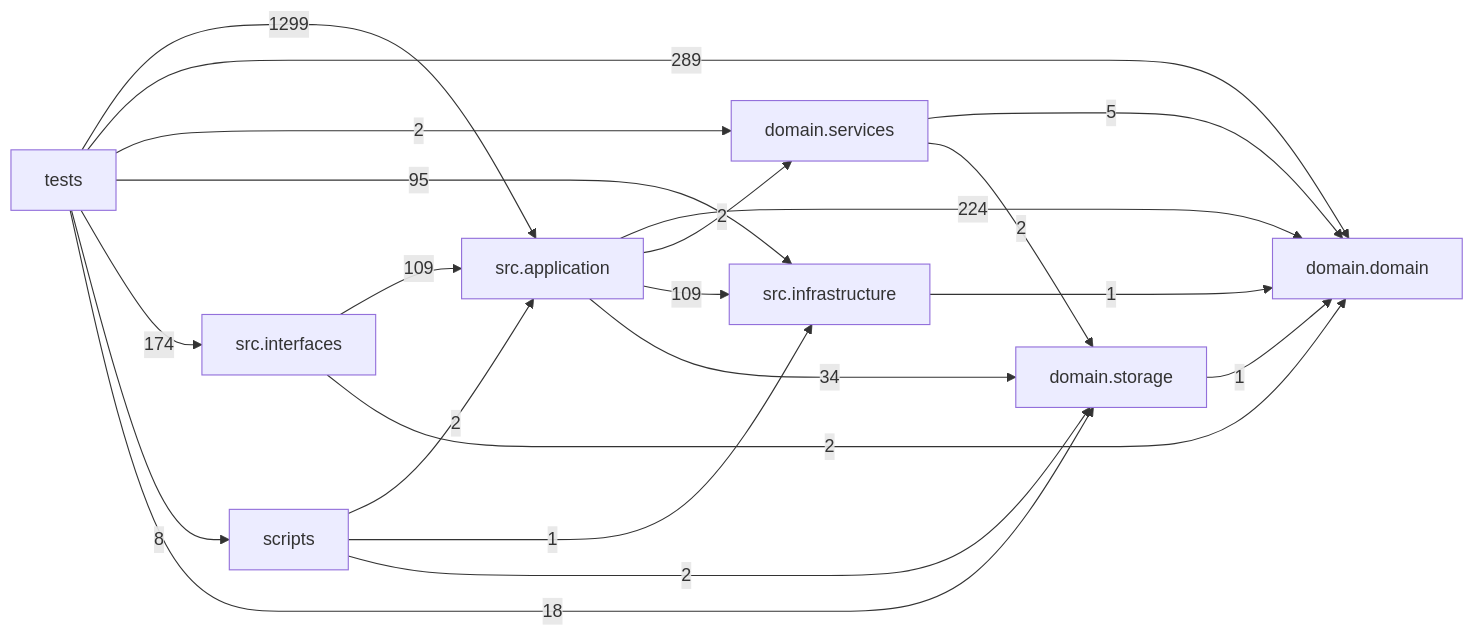
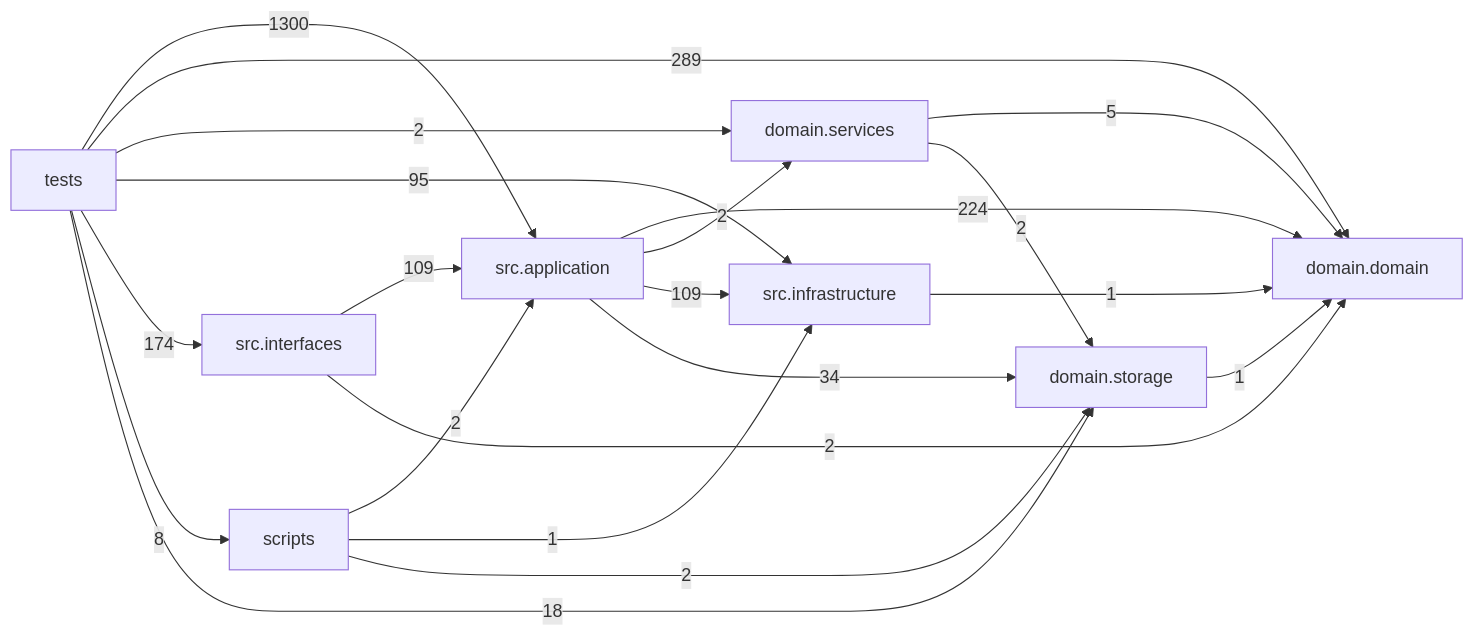
One commit to liuxie066/options-monitor changed the diagram in docs/DEPENDENCY_GRAPH.md. Above: the diagram before and after it, drawn with Mermaid. The commit also changed other lines of this file and 8 other files, not shown here.

````diff
--- a/docs/DEPENDENCY_GRAPH.md
+++ b/docs/DEPENDENCY_GRAPH.md
@@ -24,31 +24,31 @@
 ```mermaid
 flowchart LR
   tests["tests"]
   scripts["scripts"]
   interfaces["src.interfaces"]
   application["src.application"]
   infrastructure["src.infrastructure"]
   domain_services["domain.services"]
   domain["domain.domain"]
   storage["domain.storage"]
   application -->|224| domain
   application -->|2| domain_services
   application -->|109| infrastructure
   application -->|34| storage
   domain_services -->|5| domain
   domain_services -->|2| storage
   infrastructure -->|1| domain
   interfaces -->|109| application
   interfaces -->|2| domain
   scripts -->|2| application
   scripts -->|1| infrastructure
   scripts -->|2| storage
   storage -->|1| domain
-  tests -->|1299| application
+  tests -->|1300| application
   tests -->|289| domain
   tests -->|2| domain_services
   tests -->|95| infrastructure
   tests -->|174| interfaces
   tests -->|8| scripts
   tests -->|18| storage
 ```
````
